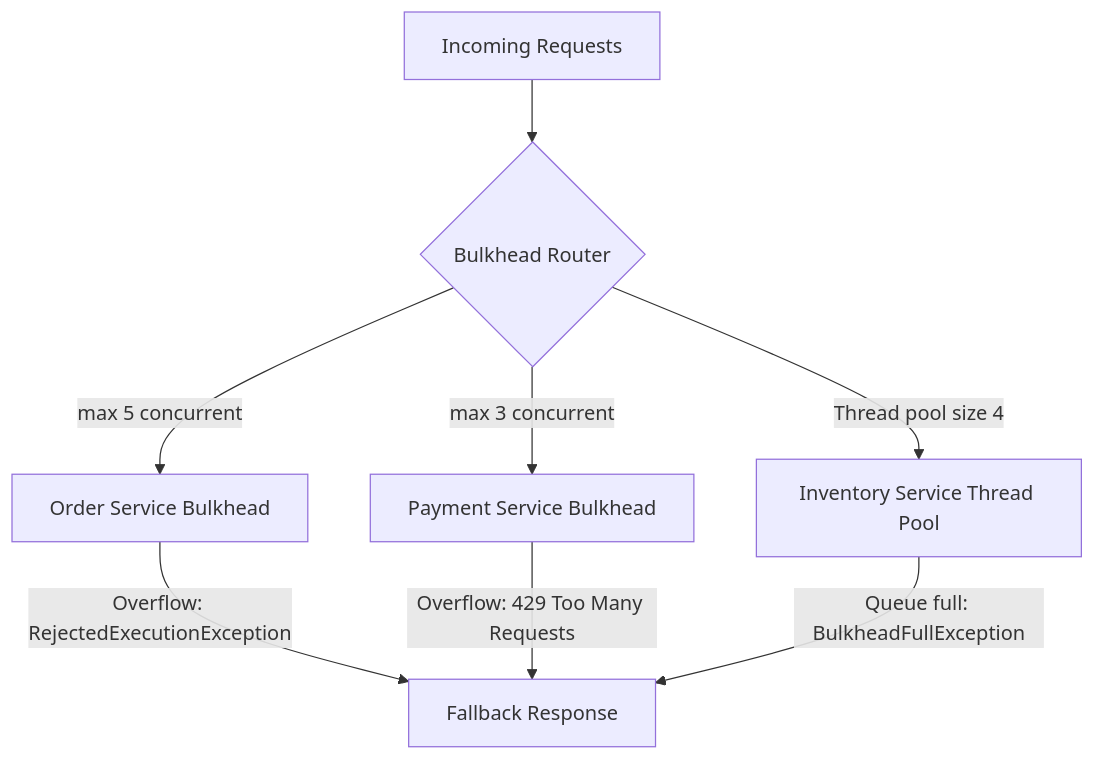
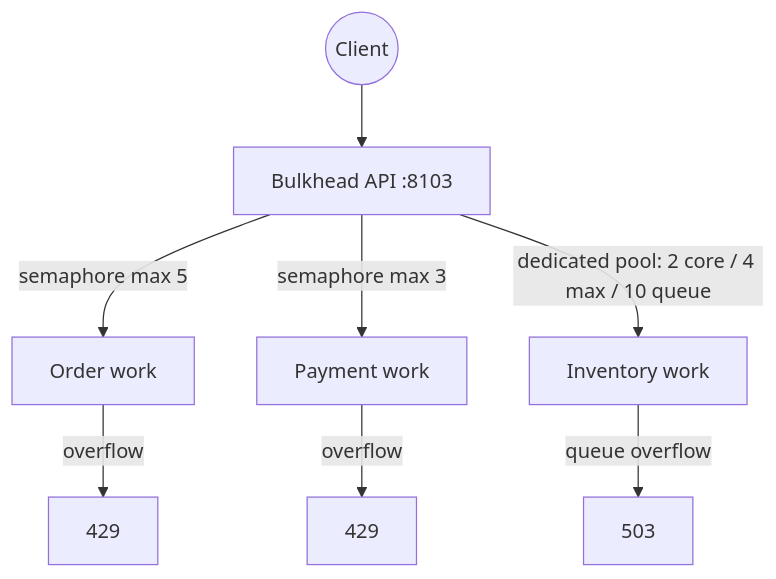
The first of 3 diagrams in 01-decomposition/01c-bulkhead/README.md (tungnath/micarch), drawn with Mermaid before and after one commit. The commit also changed other lines of this file and 21 other files, not shown here.

````diff
--- a/01-decomposition/01c-bulkhead/README.md
+++ b/01-decomposition/01c-bulkhead/README.md
@@ -9,10 +7,10 @@
 ```mermaid
 graph TD
-    A[Incoming Requests] --> B{Bulkhead Router}
-    B -->|"max 5 concurrent"| C[Order Service Bulkhead]
-    B -->|"max 3 concurrent"| D[Payment Service Bulkhead]
-    B -->|"Thread pool size 4"| E[Inventory Service Thread Pool]
-    C -->|Overflow: RejectedExecutionException| F[Fallback Response]
-    D -->|Overflow: 429 Too Many Requests| F
-    E -->|Queue full: BulkheadFullException| F
+    Client((Client)) --> API[Bulkhead API :8103]
+    API -->|semaphore max 5| Orders[Order work]
+    API -->|semaphore max 3| Payments[Payment work]
+    API -->|dedicated pool: 2 core / 4 max / 10 queue| Inventory[Inventory work]
+    Orders -->|overflow| OrderReject[429]
+    Payments -->|overflow| PaymentReject[429]
+    Inventory -->|queue overflow| InventoryReject[503]
 ```
````
